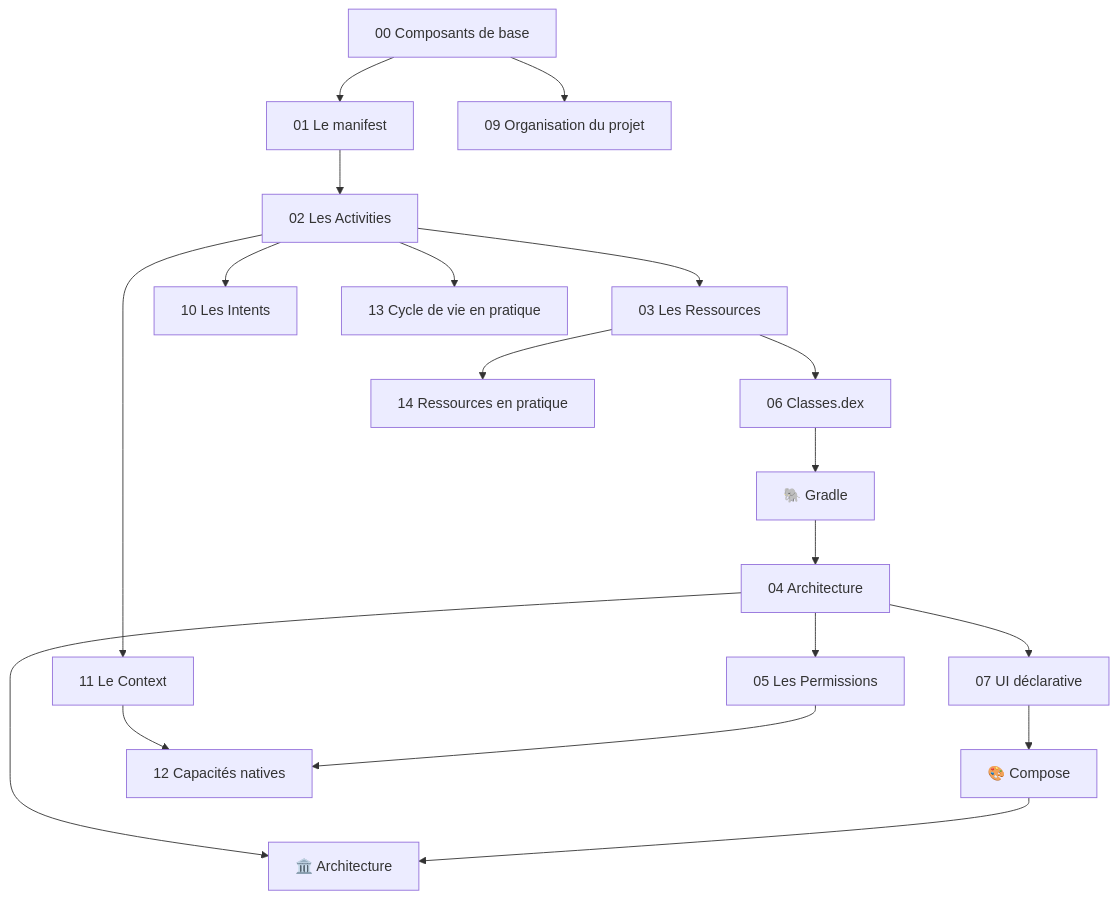
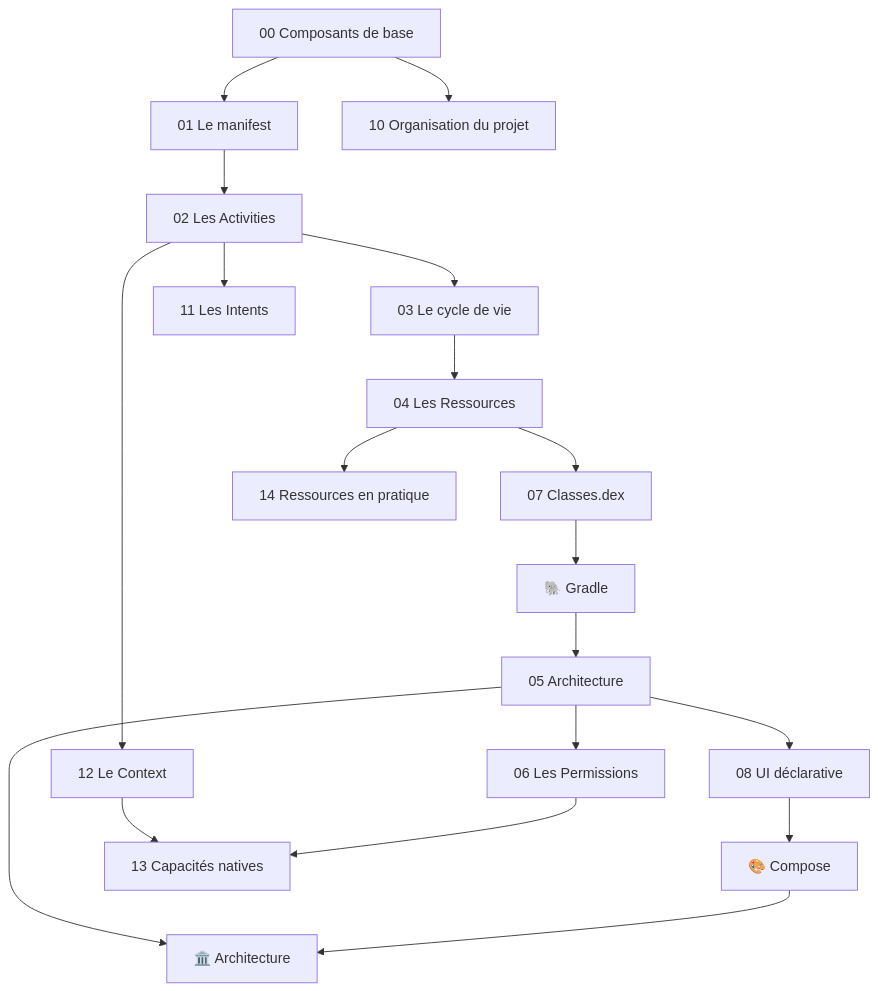
Before and after one commit to theopayet1/brain_bean: the diagram in doc_kotlin/kotlin.md, drawn with Mermaid. The commit also changed other lines of this file and 29 other files, not shown here.

````diff
--- a/doc_kotlin/kotlin.md
+++ b/doc_kotlin/kotlin.md
@@ -81,21 +81,21 @@
 ```mermaid
 flowchart TD
     I[00 Composants de base] --> M[01 Le manifest]
     M --> A[02 Les Activities]
-    A --> R[03 Les Ressources]
-    R --> D[06 Classes.dex]
+    A --> CV[03 Le cycle de vie]
+    CV --> R[04 Les Ressources]
+    R --> D[07 Classes.dex]
     D --> G[🐘 Gradle]
-    G --> AR[04 Architecture]
-    AR --> U[07 UI déclarative]
-    AR --> P[05 Les Permissions]
+    G --> AR[05 Architecture]
+    AR --> U[08 UI déclarative]
+    AR --> P[06 Les Permissions]
     U --> CP[🎨 Compose]
-    I --> O[09 Organisation du projet]
-    A --> IN[10 Les Intents]
-    A --> CX[11 Le Context]
-    A --> CV[13 Cycle de vie en pratique]
+    I --> O[10 Organisation du projet]
+    A --> IN[11 Les Intents]
+    A --> CX[12 Le Context]
     R --> RP[14 Ressources en pratique]
-    CX --> MG[12 Capacités natives]
+    CX --> MG[13 Capacités natives]
     P --> MG
     AR --> ARC[🏛️ Architecture]
     CP --> ARC
 ```
````
